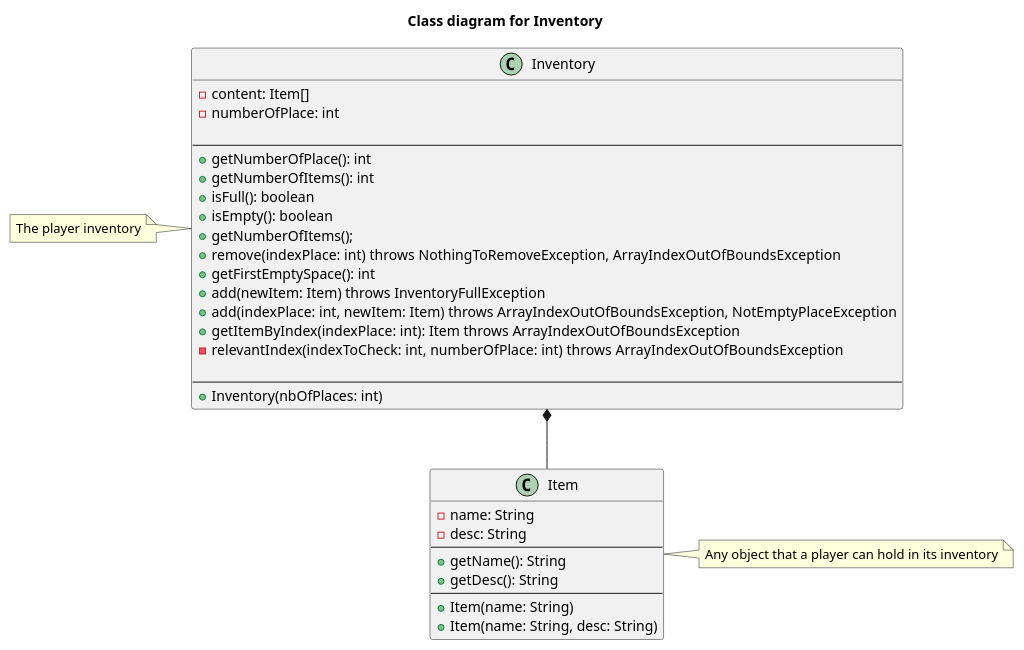
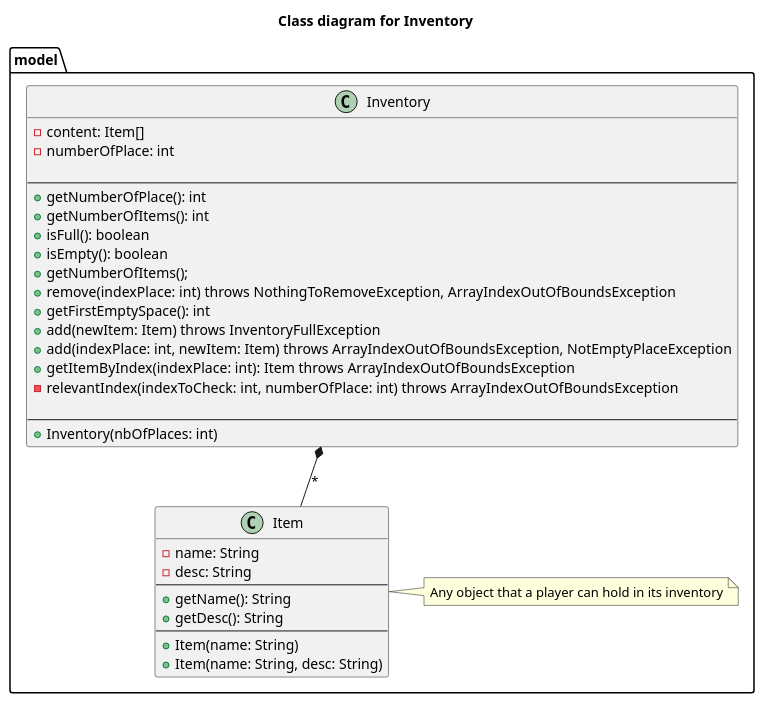
The diagram in uml/Inventory/InventoryModel.puml (Yanis-Kouidri/pixel-adventurer), drawn with PlantUML before and after one commit. The commit also changed 2 other files, not shown here.

Commit message:
update uml

```diff
--- a/uml/Inventory/InventoryModel.puml
+++ b/uml/Inventory/InventoryModel.puml
@@ -1,45 +1,46 @@
 @startuml
 'https://plantuml.com/class-diagram
 
 title "Class diagram for Inventory"
 
+package model {
 class Inventory {
 - content: Item[]
 - numberOfPlace: int
 
 ----
 + getNumberOfPlace(): int
 + getNumberOfItems(): int
 + isFull(): boolean
 + isEmpty(): boolean
 + getNumberOfItems();
 + remove(indexPlace: int) throws NothingToRemoveException, ArrayIndexOutOfBoundsException
 + getFirstEmptySpace(): int
 ' Get the index of the first free space in the inventory
 + add(newItem: Item) throws InventoryFullException
 + add(indexPlace: int, newItem: Item) throws ArrayIndexOutOfBoundsException, NotEmptyPlaceException
 + getItemByIndex(indexPlace: int): Item throws ArrayIndexOutOfBoundsException
 - relevantIndex(indexToCheck: int, numberOfPlace: int) throws ArrayIndexOutOfBoundsException
 
 ----
 + Inventory(nbOfPlaces: int)
 }
-note left : The player inventory
+
 
 class Item {
 - name: String
 - desc: String
 ----
 + getName(): String
 + getDesc(): String
 ----
 + Item(name: String)
 + Item(name: String, desc: String)
 }
 note right : Any object that a player can hold in its inventory
 
 
-Inventory *-- Item
-
+Inventory "\n   *" *-- Item
+}
 
 @enduml
```
